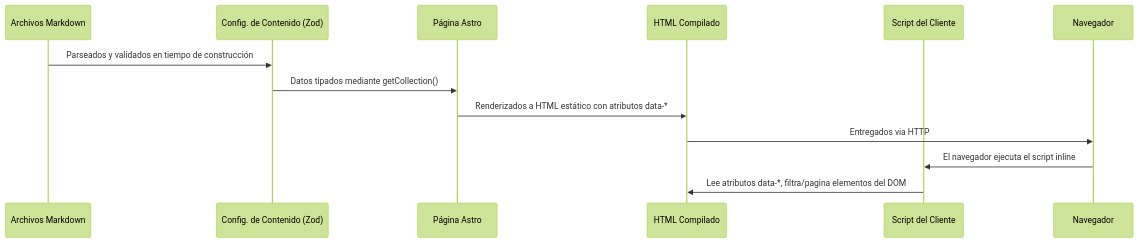
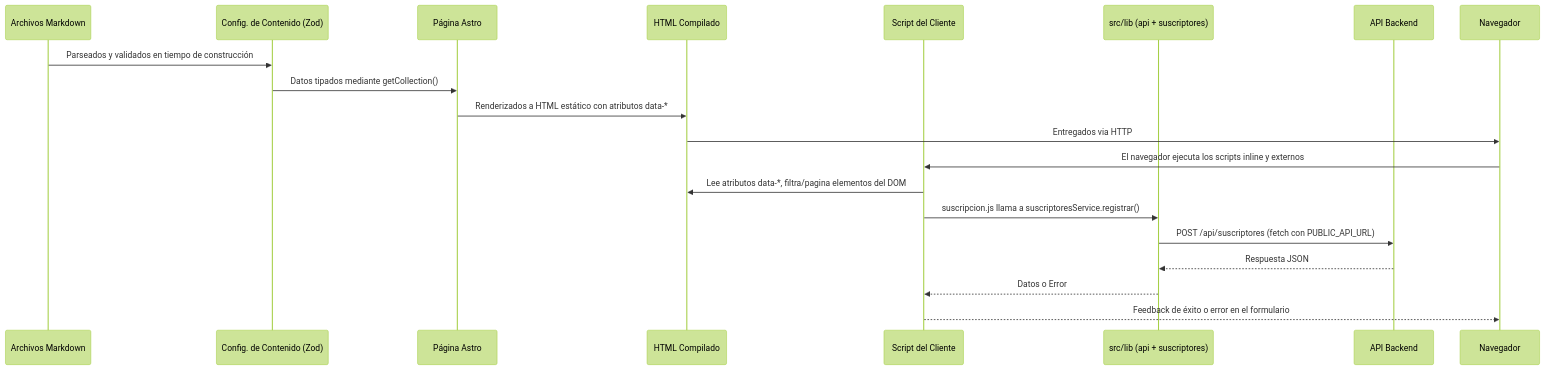
Before and after one commit to alps2005/ecotec-flora-medica: the fourth of 4 diagrams in docs/ARCHITECTURE.md, drawn with Mermaid (forest theme). The commit also changed other lines of this file and 1 other file, not shown here.

````diff
--- a/docs/ARCHITECTURE.md
+++ b/docs/ARCHITECTURE.md
@@ -311,16 +383,23 @@
 ```mermaid
 sequenceDiagram
     participant MD as Archivos Markdown
     participant CC as Config. de Contenido (Zod)
     participant PAGE as Página Astro
     participant HTML as HTML Compilado
     participant JS as Script del Cliente
+    participant LIB as src/lib (api + suscriptores)
+    participant API as API Backend
     participant USER as Navegador
 
     MD->>CC: Parseados y validados en tiempo de construcción
     CC->>PAGE: Datos tipados mediante getCollection()
     PAGE->>HTML: Renderizados a HTML estático con atributos data-*
     HTML->>USER: Entregados via HTTP
-    USER->>JS: El navegador ejecuta el script inline
+    USER->>JS: El navegador ejecuta los scripts inline y externos
     JS->>HTML: Lee atributos data-*, filtra/pagina elementos del DOM
+    JS->>LIB: suscripcion.js llama a suscriptoresService.registrar()
+    LIB->>API: POST /api/suscriptores (fetch con PUBLIC_API_URL)
+    API-->>LIB: Respuesta JSON
+    LIB-->>JS: Datos o Error
+    JS-->>USER: Feedback de éxito o error en el formulario
 ```
````
